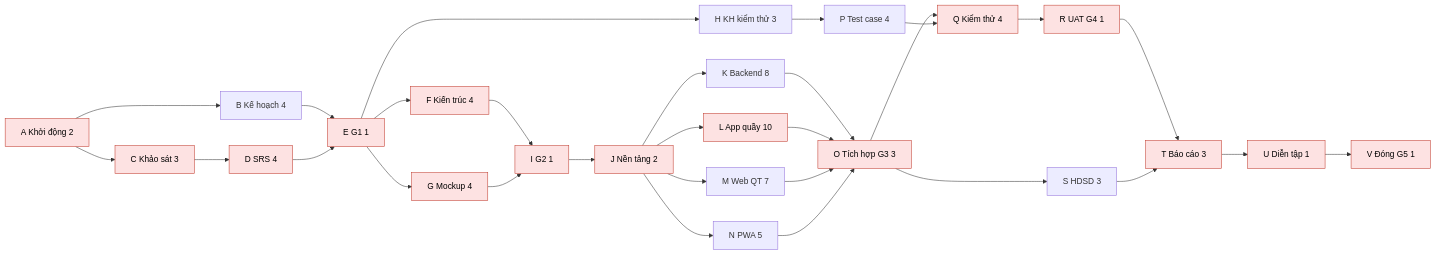
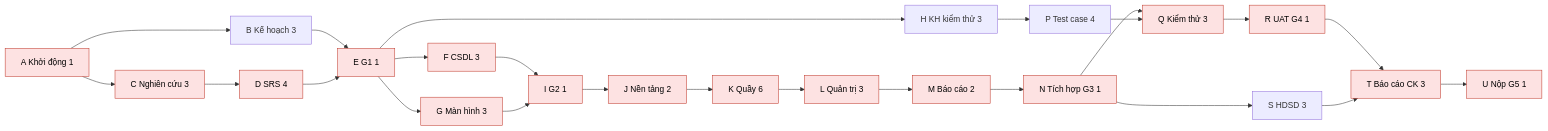
Before and after one commit to xuan-tu-ai/bia-hoi-pos: the first of 2 diagrams in docs/ke-hoach-quan-ly-du-an.md, drawn with Mermaid. The commit also changed other lines of this file and 14 other files, not shown here.

First line of the commit message:
docs: chuyển phạm vi sang một web app có phân quyền

````diff
--- a/docs/ke-hoach-quan-ly-du-an.md
+++ b/docs/ke-hoach-quan-ly-du-an.md
@@ -393,33 +389,28 @@
 ```mermaid
 flowchart LR
-  A[A Khởi động 2] --> B[B Kế hoạch 4]
-  A --> C[C Khảo sát 3]
+  A[A Khởi động 1] --> B[B Kế hoạch 3]
+  A --> C[C Nghiên cứu 3]
   C --> D[D SRS 4]
   B --> E[E G1 1]
   D --> E
-  E --> F[F Kiến trúc 4]
-  E --> G[G Mockup 4]
+  E --> F[F CSDL 3]
+  E --> G[G Màn hình 3]
   E --> H[H KH kiểm thử 3]
   F --> I[I G2 1]
   G --> I
   H --> P[P Test case 4]
   I --> J[J Nền tảng 2]
-  J --> K[K Backend 8]
-  J --> L[L App quầy 10]
-  J --> M[M Web QT 7]
-  J --> N[N PWA 5]
-  K --> O[O Tích hợp G3 3]
-  L --> O
-  M --> O
-  N --> O
-  O --> Q[Q Kiểm thử 4]
+  J --> K[K Quầy 6]
+  K --> L[L Quản trị 3]
+  L --> M[M Báo cáo 2]
+  M --> N[N Tích hợp G3 1]
+  N --> Q[Q Kiểm thử 3]
   P --> Q
-  O --> S[S HDSD 3]
+  N --> S[S HDSD 3]
   Q --> R[R UAT G4 1]
-  R --> T[T Báo cáo 3]
+  R --> T[T Báo cáo CK 3]
   S --> T
-  T --> U[U Diễn tập 1]
-  U --> V[V Đóng G5 1]
+  T --> U[U Nộp G5 1]
   classDef crit fill:#fde2e2,stroke:#c0392b,color:#000;
-  class A,C,D,E,F,G,I,J,L,O,Q,R,T,U,V crit;
+  class A,C,D,E,F,G,I,J,K,L,M,N,Q,R,T,U crit;
 ```
````
